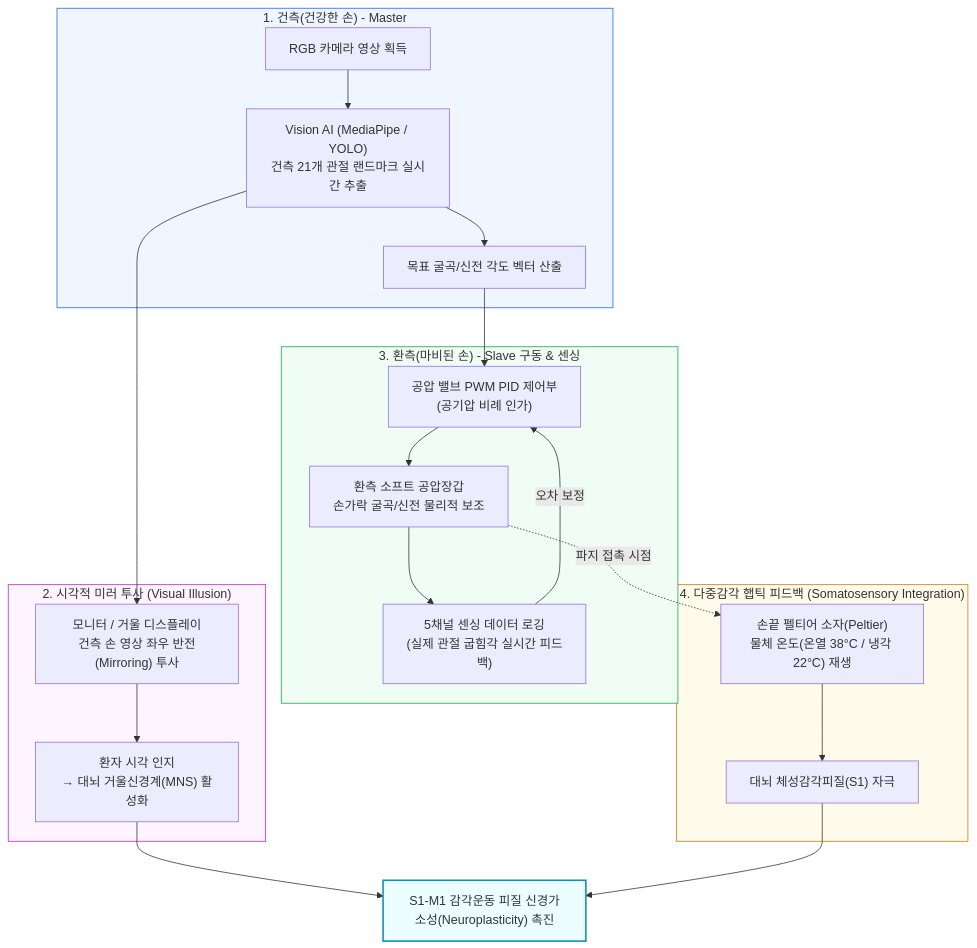
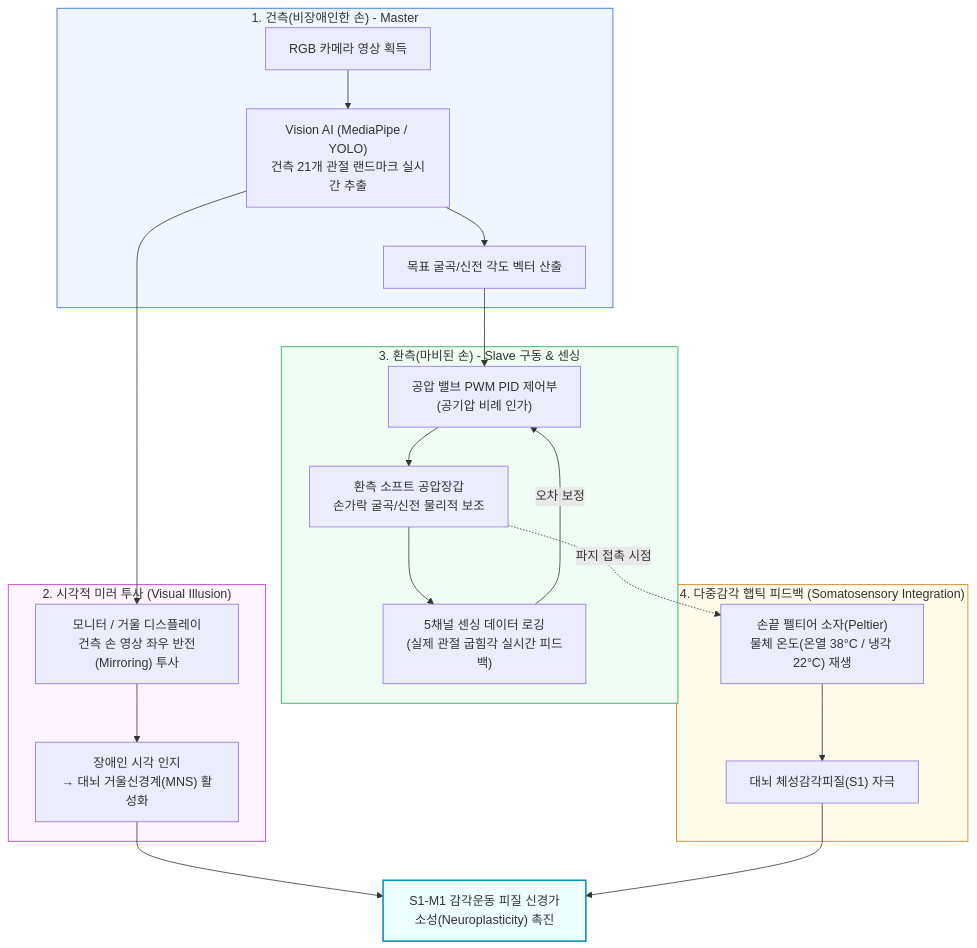
One commit to passtock/casstone changed the first of 3 diagrams in capstone/03_연구계획_및_정리노트/01_일별_정리노트/2026.08.25_정리노트.md. Above: the diagram before and after it, drawn with Mermaid. The commit also changed other lines of this file and 728 other files, not shown here.

````diff
--- a/capstone/03_연구계획_및_정리노트/01_일별_정리노트/2026.08.25_정리노트.md
+++ b/capstone/03_연구계획_및_정리노트/01_일별_정리노트/2026.08.25_정리노트.md
@@ -14,33 +14,33 @@
 ```mermaid
 flowchart TD
-    subgraph MASTER ["1. 건측(건강한 손) - Master"]
+    subgraph MASTER ["1. 건측(비장애인한 손) - Master"]
         C1["RGB 카메라 영상 획득"] --> V1["Vision AI (MediaPipe / YOLO)<br/>건측 21개 관절 랜드마크 실시간 추출"]
         V1 --> A1["목표 굴곡/신전 각도 벡터 산출"]
     end
 
     subgraph MIRROR ["2. 시각적 미러 투사 (Visual Illusion)"]
         V1 --> M1["모니터 / 거울 디스플레이<br/>건측 손 영상 좌우 반전(Mirroring) 투사"]
-        M1 --> B1["환자 시각 인지<br/>→ 대뇌 거울신경계(MNS) 활성화"]
+        M1 --> B1["장애인 시각 인지<br/>→ 대뇌 거울신경계(MNS) 활성화"]
     end
 
     subgraph SLAVE ["3. 환측(마비된 손) - Slave 구동 & 센싱"]
         A1 --> P1["공압 밸브 PWM PID 제어부<br/>(공기압 비례 인가)"]
         P1 --> G1["환측 소프트 공압장갑<br/>손가락 굴곡/신전 물리적 보조"]
         G1 --> S1["5채널 센싱 데이터 로깅<br/>(실제 관절 굽힘각 실시간 피드백)"]
     end
 
     subgraph HAPTIC ["4. 다중감각 햅틱 피드백 (Somatosensory Integration)"]
         G1 -.->|파지 접촉 시점| T1["손끝 펠티어 소자(Peltier)<br/>물체 온도(온열 38°C / 냉각 22°C) 재생"]
         T1 --> B2["대뇌 체성감각피질(S1) 자극"]
     end
 
     B1 --> BRAIN["S1-M1 감각운동 피질 신경가소성(Neuroplasticity) 촉진"]
     B2 --> BRAIN
     S1 -->|오차 보정| P1
 
     style MASTER fill:#eff6ff,stroke:#2563eb,stroke-width:1px
     style MIRROR fill:#fdf4ff,stroke:#c026d3,stroke-width:1px
     style SLAVE fill:#f0fdf4,stroke:#16a34a,stroke-width:1px
     style HAPTIC fill:#fffbeb,stroke:#d97706,stroke-width:1px
     style BRAIN fill:#ecfeff,stroke:#0891b2,stroke-width:2px
 ```
````
